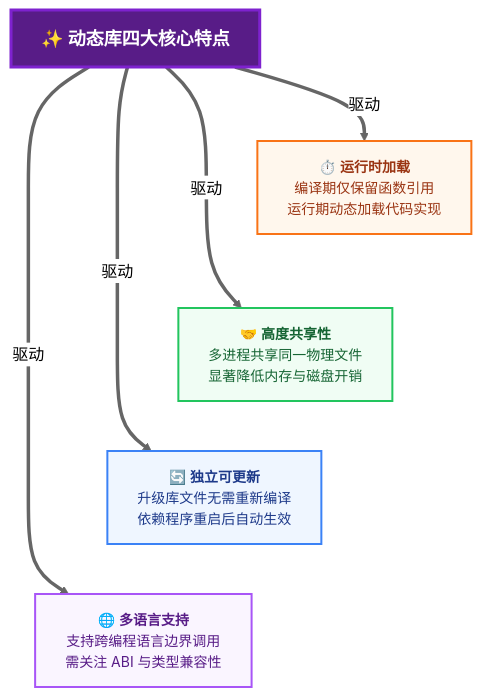
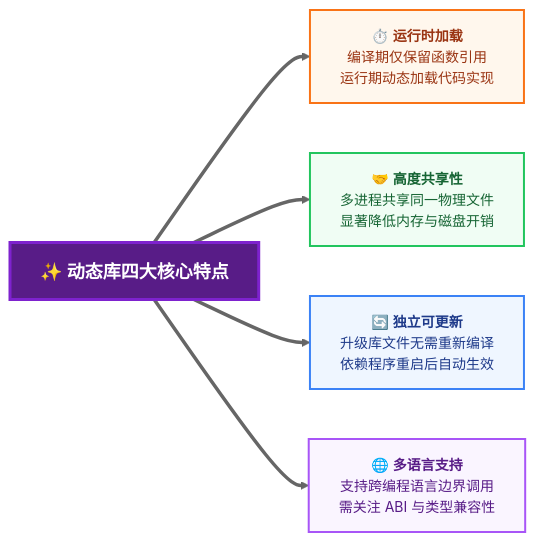
Before and after one commit to dmjcb/dmjcb.github.io: the second of 6 diagrams in _posts/c_c++/library/2023-02-28-dynamic library.md, drawn with Mermaid (neutral theme). The commit also changed other lines of this file and 10 other files, not shown here.

````diff
--- a/_posts/c_c++/library/2023-02-28-dynamic library.md
+++ b/_posts/c_c++/library/2023-02-28-dynamic library.md
@@ -53,37 +53,37 @@
 ```mermaid
-flowchart TB
+flowchart LR
     %% 样式定义 (四色卡片体系)
     classDef titleBox fill:#581c87,stroke:#7e22ce,stroke-width:3px,color:#ffffff,font-weight:bold,font-size:18px;
     
     classDef feat1 fill:#fff7ed,stroke:#f97316,stroke-width:2px,color:#9a3412,font-size:14px;
     classDef feat2 fill:#f0fdf4,stroke:#22c55e,stroke-width:2px,color:#166534,font-size:14px;
     classDef feat3 fill:#eff6ff,stroke:#3b82f6,stroke-width:2px,color:#1e3a8a,font-size:14px;
     classDef feat4 fill:#faf5ff,stroke:#a855f7,stroke-width:2px,color:#581c87,font-size:14px;
     
     classDef titleLink stroke:#a855f7,stroke-width:2.5px;
 
     %% 顶部标题
     Title["✨ <b>动态库四大核心特点</b>"]:::titleBox
 
     %% 四个特点卡片 (使用纯节点而非 subgraph, 确保 ~~~ 完美水平对齐)
     F1["⏱️ <b>运行时加载</b><br>编译期仅保留函数引用<br>运行期动态加载代码实现"]:::feat1
     
     F2["🤝 <b>高度共享性</b><br>多进程共享同一物理文件<br>显著降低内存与磁盘开销"]:::feat2
     
     F3["🔄 <b>独立可更新</b><br>升级库文件无需重新编译<br>依赖程序重启后自动生效"]:::feat3
     
     F4["🌐 <b>多语言支持</b><br>支持跨编程语言边界调用<br>需关注 ABI 与类型兼容性"]:::feat4
 
     %% 连线关系
-    Title ==>|"驱动"| F1
-    Title ==>|"驱动"| F2
-    Title ==>|"驱动"| F3
-    Title ==>|"驱动"| F4
+    Title ==> F1
+    Title ==> F2
+    Title ==> F3
+    Title ==> F4
 
     %% 强制水平排列 (核心技巧)
-    F1 ~~~ F2 ~~~ F3 ~~~ F4
+
 
     %% 应用连线样式
     %%class Title-->F1,F2,F3,F4 titleLink;
 
 ```
````
